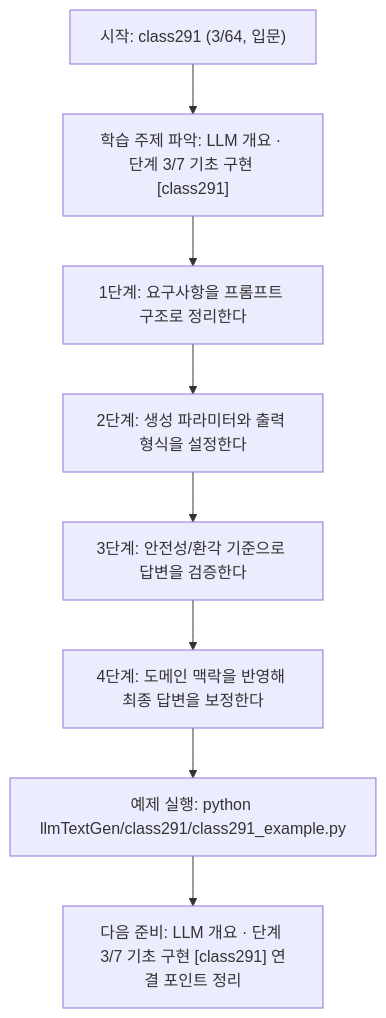
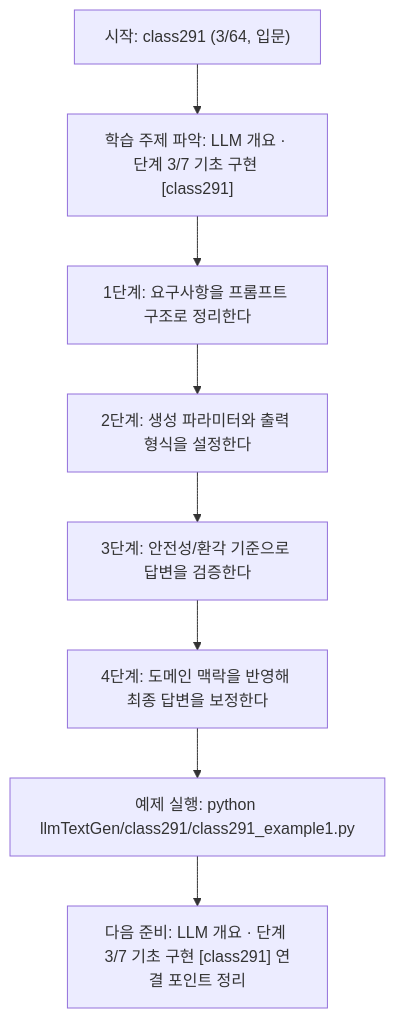
One commit to edumgt/Python-AI_Agent-Class changed the diagram in llmTextGen/class291/class291.md. Above: the diagram before and after it, drawn with Mermaid. The commit also changed other lines of this file and 2959 other files, not shown here.

````diff
--- a/llmTextGen/class291/class291.md
+++ b/llmTextGen/class291/class291.md
@@ -113,18 +113,18 @@
 ```mermaid
 flowchart TD
 N1["시작: class291 (3/64, 입문)"]
 N2["학습 주제 파악: LLM 개요 · 단계 3/7 기초 구현 [class291]"]
 N3["1단계: 요구사항을 프롬프트 구조로 정리한다"]
 N4["2단계: 생성 파라미터와 출력 형식을 설정한다"]
 N5["3단계: 안전성/환각 기준으로 답변을 검증한다"]
 N6["4단계: 도메인 맥락을 반영해 최종 답변을 보정한다"]
-N7["예제 실행: python llmTextGen/class291/class291_example.py"]
+N7["예제 실행: python llmTextGen/class291/class291_example1.py"]
 N8["다음 준비: LLM 개요 · 단계 3/7 기초 구현 [class291] 연결 포인트 정리"]
 N1 --> N2
 N2 --> N3
 N3 --> N4
 N4 --> N5
 N5 --> N6
 N6 --> N7
 N7 --> N8
 ```
````
